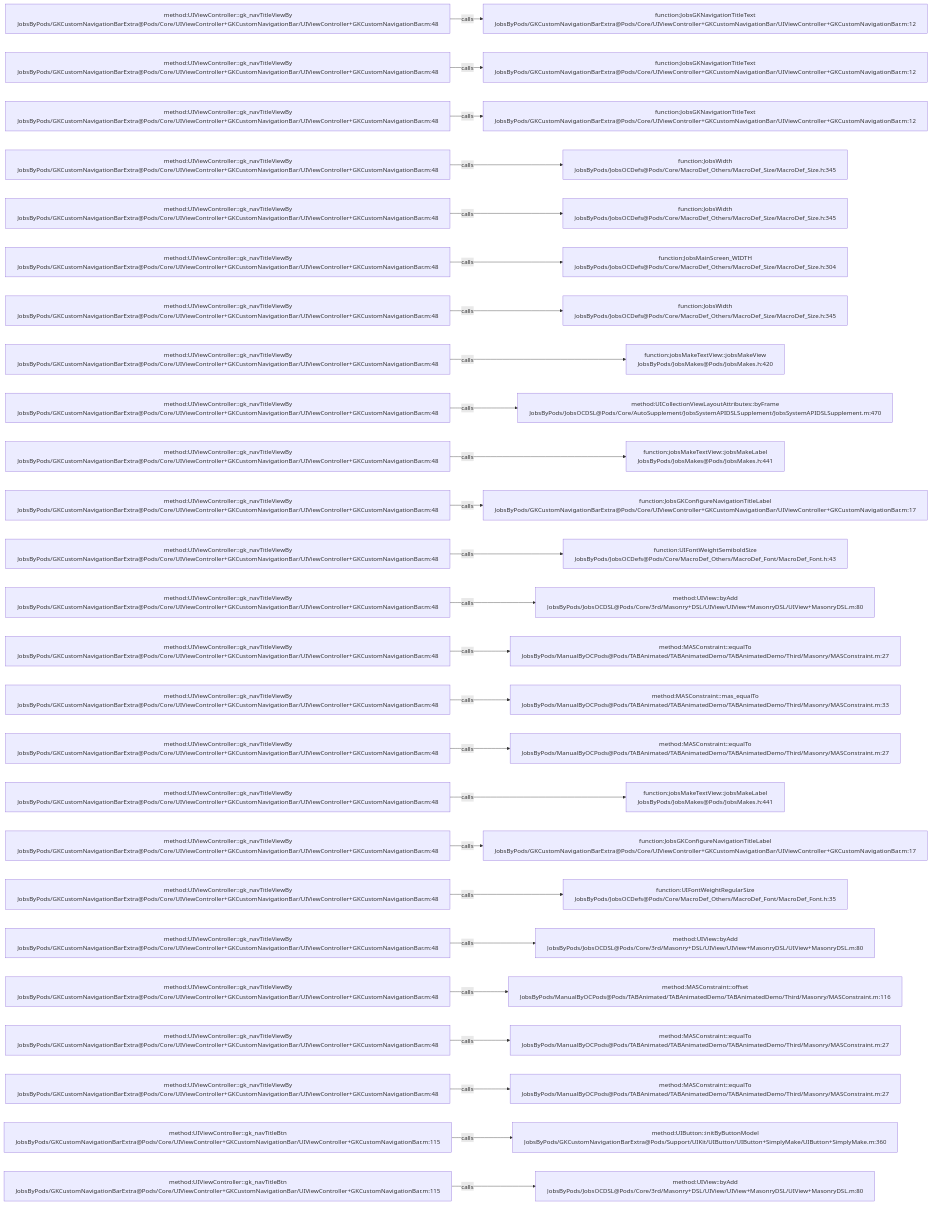
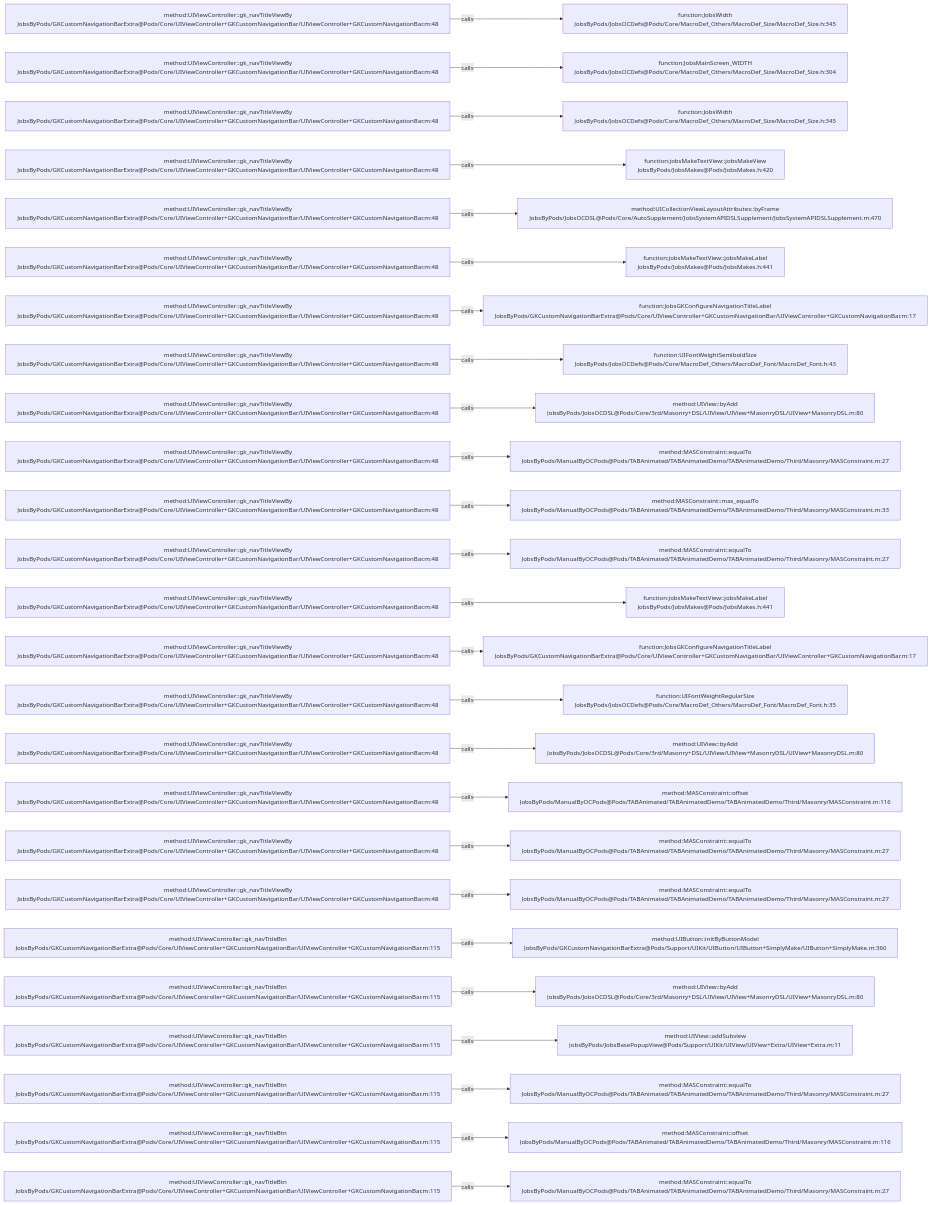
One commit to JobsKits/JobsOCBaseConfigDemo changed the diagram in .codegraph/codegraph.md/graphs/calls-010.md. Above: the diagram before and after it, drawn with Mermaid. The commit also changed 223 other files, not shown here.

````diff
--- a/.codegraph/codegraph.md/graphs/calls-010.md
+++ b/.codegraph/codegraph.md/graphs/calls-010.md
@@ -13,78 +13,78 @@
 ```mermaid
 flowchart LR
   S1["method:UIViewController::gk_navTitleViewBy<br/>JobsByPods/GKCustomNavigationBarExtra@Pods/Core/UIViewController+GKCustomNavigationBar/UIViewController+GKCustomNavigationBar.m:48"]
-  T1["function:JobsGKNavigationTitleText<br/>JobsByPods/GKCustomNavigationBarExtra@Pods/Core/UIViewController+GKCustomNavigationBar/UIViewController+GKCustomNavigationBar.m:12"]
+  T1["function:JobsWidth<br/>JobsByPods/JobsOCDefs@Pods/Core/MacroDef_Others/MacroDef_Size/MacroDef_Size.h:345"]
   S1 -->|calls| T1
   S2["method:UIViewController::gk_navTitleViewBy<br/>JobsByPods/GKCustomNavigationBarExtra@Pods/Core/UIViewController+GKCustomNavigationBar/UIViewController+GKCustomNavigationBar.m:48"]
-  T2["function:JobsGKNavigationTitleText<br/>JobsByPods/GKCustomNavigationBarExtra@Pods/Core/UIViewController+GKCustomNavigationBar/UIViewController+GKCustomNavigationBar.m:12"]
+  T2["function:JobsMainScreen_WIDTH<br/>JobsByPods/JobsOCDefs@Pods/Core/MacroDef_Others/MacroDef_Size/MacroDef_Size.h:304"]
   S2 -->|calls| T2
   S3["method:UIViewController::gk_navTitleViewBy<br/>JobsByPods/GKCustomNavigationBarExtra@Pods/Core/UIViewController+GKCustomNavigationBar/UIViewController+GKCustomNavigationBar.m:48"]
-  T3["function:JobsGKNavigationTitleText<br/>JobsByPods/GKCustomNavigationBarExtra@Pods/Core/UIViewController+GKCustomNavigationBar/UIViewController+GKCustomNavigationBar.m:12"]
+  T3["function:JobsWidth<br/>JobsByPods/JobsOCDefs@Pods/Core/MacroDef_Others/MacroDef_Size/MacroDef_Size.h:345"]
   S3 -->|calls| T3
   S4["method:UIViewController::gk_navTitleViewBy<br/>JobsByPods/GKCustomNavigationBarExtra@Pods/Core/UIViewController+GKCustomNavigationBar/UIViewController+GKCustomNavigationBar.m:48"]
-  T4["function:JobsWidth<br/>JobsByPods/JobsOCDefs@Pods/Core/MacroDef_Others/MacroDef_Size/MacroDef_Size.h:345"]
+  T4["function:jobsMakeTextView::jobsMakeView<br/>JobsByPods/JobsMakes@Pods/JobsMakes.h:420"]
   S4 -->|calls| T4
   S5["method:UIViewController::gk_navTitleViewBy<br/>JobsByPods/GKCustomNavigationBarExtra@Pods/Core/UIViewController+GKCustomNavigationBar/UIViewController+GKCustomNavigationBar.m:48"]
-  T5["function:JobsWidth<br/>JobsByPods/JobsOCDefs@Pods/Core/MacroDef_Others/MacroDef_Size/MacroDef_Size.h:345"]
+  T5["method:UICollectionViewLayoutAttributes::byFrame<br/>JobsByPods/JobsOCDSL@Pods/Core/AutoSupplement/JobsSystemAPIDSLSupplement/JobsSystemAPIDSLSupplement.m:470"]
   S5 -->|calls| T5
   S6["method:UIViewController::gk_navTitleViewBy<br/>JobsByPods/GKCustomNavigationBarExtra@Pods/Core/UIViewController+GKCustomNavigationBar/UIViewController+GKCustomNavigationBar.m:48"]
-  T6["function:JobsMainScreen_WIDTH<br/>JobsByPods/JobsOCDefs@Pods/Core/MacroDef_Others/MacroDef_Size/MacroDef_Size.h:304"]
+  T6["function:jobsMakeTextView::jobsMakeLabel<br/>JobsByPods/JobsMakes@Pods/JobsMakes.h:441"]
   S6 -->|calls| T6
   S7["method:UIViewController::gk_navTitleViewBy<br/>JobsByPods/GKCustomNavigationBarExtra@Pods/Core/UIViewController+GKCustomNavigationBar/UIViewController+GKCustomNavigationBar.m:48"]
-  T7["function:JobsWidth<br/>JobsByPods/JobsOCDefs@Pods/Core/MacroDef_Others/MacroDef_Size/MacroDef_Size.h:345"]
+  T7["function:JobsGKConfigureNavigationTitleLabel<br/>JobsByPods/GKCustomNavigationBarExtra@Pods/Core/UIViewController+GKCustomNavigationBar/UIViewController+GKCustomNavigationBar.m:17"]
   S7 -->|calls| T7
   S8["method:UIViewController::gk_navTitleViewBy<br/>JobsByPods/GKCustomNavigationBarExtra@Pods/Core/UIViewController+GKCustomNavigationBar/UIViewController+GKCustomNavigationBar.m:48"]
-  T8["function:jobsMakeTextView::jobsMakeView<br/>JobsByPods/JobsMakes@Pods/JobsMakes.h:420"]
+  T8["function:UIFontWeightSemiboldSize<br/>JobsByPods/JobsOCDefs@Pods/Core/MacroDef_Others/MacroDef_Font/MacroDef_Font.h:43"]
   S8 -->|calls| T8
   S9["method:UIViewController::gk_navTitleViewBy<br/>JobsByPods/GKCustomNavigationBarExtra@Pods/Core/UIViewController+GKCustomNavigationBar/UIViewController+GKCustomNavigationBar.m:48"]
-  T9["method:UICollectionViewLayoutAttributes::byFrame<br/>JobsByPods/JobsOCDSL@Pods/Core/AutoSupplement/JobsSystemAPIDSLSupplement/JobsSystemAPIDSLSupplement.m:470"]
+  T9["method:UIView::byAdd<br/>JobsByPods/JobsOCDSL@Pods/Core/3rd/Masonry+DSL/UIView/UIView+MasonryDSL/UIView+MasonryDSL.m:80"]
   S9 -->|calls| T9
   S10["method:UIViewController::gk_navTitleViewBy<br/>JobsByPods/GKCustomNavigationBarExtra@Pods/Core/UIViewController+GKCustomNavigationBar/UIViewController+GKCustomNavigationBar.m:48"]
-  T10["function:jobsMakeTextView::jobsMakeLabel<br/>JobsByPods/JobsMakes@Pods/JobsMakes.h:441"]
+  T10["method:MASConstraint::equalTo<br/>JobsByPods/ManualByOCPods@Pods/TABAnimated/TABAnimatedDemo/TABAnimatedDemo/Third/Masonry/MASConstraint.m:27"]
   S10 -->|calls| T10
   S11["method:UIViewController::gk_navTitleViewBy<br/>JobsByPods/GKCustomNavigationBarExtra@Pods/Core/UIViewController+GKCustomNavigationBar/UIViewController+GKCustomNavigationBar.m:48"]
-  T11["function:JobsGKConfigureNavigationTitleLabel<br/>JobsByPods/GKCustomNavigationBarExtra@Pods/Core/UIViewController+GKCustomNavigationBar/UIViewController+GKCustomNavigationBar.m:17"]
+  T11["method:MASConstraint::mas_equalTo<br/>JobsByPods/ManualByOCPods@Pods/TABAnimated/TABAnimatedDemo/TABAnimatedDemo/Third/Masonry/MASConstraint.m:33"]
   S11 -->|calls| T11
   S12["method:UIViewController::gk_navTitleViewBy<br/>JobsByPods/GKCustomNavigationBarExtra@Pods/Core/UIViewController+GKCustomNavigationBar/UIViewController+GKCustomNavigationBar.m:48"]
-  T12["function:UIFontWeightSemiboldSize<br/>JobsByPods/JobsOCDefs@Pods/Core/MacroDef_Others/MacroDef_Font/MacroDef_Font.h:43"]
+  T12["method:MASConstraint::equalTo<br/>JobsByPods/ManualByOCPods@Pods/TABAnimated/TABAnimatedDemo/TABAnimatedDemo/Third/Masonry/MASConstraint.m:27"]
   S12 -->|calls| T12
   S13["method:UIViewController::gk_navTitleViewBy<br/>JobsByPods/GKCustomNavigationBarExtra@Pods/Core/UIViewController+GKCustomNavigationBar/UIViewController+GKCustomNavigationBar.m:48"]
-  T13["method:UIView::byAdd<br/>JobsByPods/JobsOCDSL@Pods/Core/3rd/Masonry+DSL/UIView/UIView+MasonryDSL/UIView+MasonryDSL.m:80"]
+  T13["function:jobsMakeTextView::jobsMakeLabel<br/>JobsByPods/JobsMakes@Pods/JobsMakes.h:441"]
   S13 -->|calls| T13
   S14["method:UIViewController::gk_navTitleViewBy<br/>JobsByPods/GKCustomNavigationBarExtra@Pods/Core/UIViewController+GKCustomNavigationBar/UIViewController+GKCustomNavigationBar.m:48"]
-  T14["method:MASConstraint::equalTo<br/>JobsByPods/ManualByOCPods@Pods/TABAnimated/TABAnimatedDemo/TABAnimatedDemo/Third/Masonry/MASConstraint.m:27"]
+  T14["function:JobsGKConfigureNavigationTitleLabel<br/>JobsByPods/GKCustomNavigationBarExtra@Pods/Core/UIViewController+GKCustomNavigationBar/UIViewController+GKCustomNavigationBar.m:17"]
   S14 -->|calls| T14
   S15["method:UIViewController::gk_navTitleViewBy<br/>JobsByPods/GKCustomNavigationBarExtra@Pods/Core/UIViewController+GKCustomNavigationBar/UIViewController+GKCustomNavigationBar.m:48"]
-  T15["method:MASConstraint::mas_equalTo<br/>JobsByPods/ManualByOCPods@Pods/TABAnimated/TABAnimatedDemo/TABAnimatedDemo/Third/Masonry/MASConstraint.m:33"]
+  T15["function:UIFontWeightRegularSize<br/>JobsByPods/JobsOCDefs@Pods/Core/MacroDef_Others/MacroDef_Font/MacroDef_Font.h:35"]
   S15 -->|calls| T15
   S16["method:UIViewController::gk_navTitleViewBy<br/>JobsByPods/GKCustomNavigationBarExtra@Pods/Core/UIViewController+GKCustomNavigationBar/UIViewController+GKCustomNavigationBar.m:48"]
-  T16["method:MASConstraint::equalTo<br/>JobsByPods/ManualByOCPods@Pods/TABAnimated/TABAnimatedDemo/TABAnimatedDemo/Third/Masonry/MASConstraint.m:27"]
+  T16["method:UIView::byAdd<br/>JobsByPods/JobsOCDSL@Pods/Core/3rd/Masonry+DSL/UIView/UIView+MasonryDSL/UIView+MasonryDSL.m:80"]
   S16 -->|calls| T16
   S17["method:UIViewController::gk_navTitleViewBy<br/>JobsByPods/GKCustomNavigationBarExtra@Pods/Core/UIViewController+GKCustomNavigationBar/UIViewController+GKCustomNavigationBar.m:48"]
-  T17["function:jobsMakeTextView::jobsMakeLabel<br/>JobsByPods/JobsMakes@Pods/JobsMakes.h:441"]
+  T17["method:MASConstraint::offset<br/>JobsByPods/ManualByOCPods@Pods/TABAnimated/TABAnimatedDemo/TABAnimatedDemo/Third/Masonry/MASConstraint.m:116"]
   S17 -->|calls| T17
   S18["method:UIViewController::gk_navTitleViewBy<br/>JobsByPods/GKCustomNavigationBarExtra@Pods/Core/UIViewController+GKCustomNavigationBar/UIViewController+GKCustomNavigationBar.m:48"]
-  T18["function:JobsGKConfigureNavigationTitleLabel<br/>JobsByPods/GKCustomNavigationBarExtra@Pods/Core/UIViewController+GKCustomNavigationBar/UIViewController+GKCustomNavigationBar.m:17"]
+  T18["method:MASConstraint::equalTo<br/>JobsByPods/ManualByOCPods@Pods/TABAnimated/TABAnimatedDemo/TABAnimatedDemo/Third/Masonry/MASConstraint.m:27"]
   S18 -->|calls| T18
   S19["method:UIViewController::gk_navTitleViewBy<br/>JobsByPods/GKCustomNavigationBarExtra@Pods/Core/UIViewController+GKCustomNavigationBar/UIViewController+GKCustomNavigationBar.m:48"]
-  T19["function:UIFontWeightRegularSize<br/>JobsByPods/JobsOCDefs@Pods/Core/MacroDef_Others/MacroDef_Font/MacroDef_Font.h:35"]
+  T19["method:MASConstraint::equalTo<br/>JobsByPods/ManualByOCPods@Pods/TABAnimated/TABAnimatedDemo/TABAnimatedDemo/Third/Masonry/MASConstraint.m:27"]
   S19 -->|calls| T19
-  S20["method:UIViewController::gk_navTitleViewBy<br/>JobsByPods/GKCustomNavigationBarExtra@Pods/Core/UIViewController+GKCustomNavigationBar/UIViewController+GKCustomNavigationBar.m:48"]
-  T20["method:UIView::byAdd<br/>JobsByPods/JobsOCDSL@Pods/Core/3rd/Masonry+DSL/UIView/UIView+MasonryDSL/UIView+MasonryDSL.m:80"]
+  S20["method:UIViewController::gk_navTitleBtn<br/>JobsByPods/GKCustomNavigationBarExtra@Pods/Core/UIViewController+GKCustomNavigationBar/UIViewController+GKCustomNavigationBar.m:115"]
+  T20["method:UIButton::initByButtonModel<br/>JobsByPods/GKCustomNavigationBarExtra@Pods/Support/UIKit/UIButton/UIButton+SimplyMake/UIButton+SimplyMake.m:360"]
   S20 -->|calls| T20
-  S21["method:UIViewController::gk_navTitleViewBy<br/>JobsByPods/GKCustomNavigationBarExtra@Pods/Core/UIViewController+GKCustomNavigationBar/UIViewController+GKCustomNavigationBar.m:48"]
-  T21["method:MASConstraint::offset<br/>JobsByPods/ManualByOCPods@Pods/TABAnimated/TABAnimatedDemo/TABAnimatedDemo/Third/Masonry/MASConstraint.m:116"]
+  S21["method:UIViewController::gk_navTitleBtn<br/>JobsByPods/GKCustomNavigationBarExtra@Pods/Core/UIViewController+GKCustomNavigationBar/UIViewController+GKCustomNavigationBar.m:115"]
+  T21["method:UIView::byAdd<br/>JobsByPods/JobsOCDSL@Pods/Core/3rd/Masonry+DSL/UIView/UIView+MasonryDSL/UIView+MasonryDSL.m:80"]
   S21 -->|calls| T21
-  S22["method:UIViewController::gk_navTitleViewBy<br/>JobsByPods/GKCustomNavigationBarExtra@Pods/Core/UIViewController+GKCustomNavigationBar/UIViewController+GKCustomNavigationBar.m:48"]
-  T22["method:MASConstraint::equalTo<br/>JobsByPods/ManualByOCPods@Pods/TABAnimated/TABAnimatedDemo/TABAnimatedDemo/Third/Masonry/MASConstraint.m:27"]
+  S22["method:UIViewController::gk_navTitleBtn<br/>JobsByPods/GKCustomNavigationBarExtra@Pods/Core/UIViewController+GKCustomNavigationBar/UIViewController+GKCustomNavigationBar.m:115"]
+  T22["method:UIView::addSubview<br/>JobsByPods/JobsBasePopupView@Pods/Support/UIKit/UIView/UIView+Extra/UIView+Extra.m:11"]
   S22 -->|calls| T22
-  S23["method:UIViewController::gk_navTitleViewBy<br/>JobsByPods/GKCustomNavigationBarExtra@Pods/Core/UIViewController+GKCustomNavigationBar/UIViewController+GKCustomNavigationBar.m:48"]
+  S23["method:UIViewController::gk_navTitleBtn<br/>JobsByPods/GKCustomNavigationBarExtra@Pods/Core/UIViewController+GKCustomNavigationBar/UIViewController+GKCustomNavigationBar.m:115"]
   T23["method:MASConstraint::equalTo<br/>JobsByPods/ManualByOCPods@Pods/TABAnimated/TABAnimatedDemo/TABAnimatedDemo/Third/Masonry/MASConstraint.m:27"]
   S23 -->|calls| T23
   S24["method:UIViewController::gk_navTitleBtn<br/>JobsByPods/GKCustomNavigationBarExtra@Pods/Core/UIViewController+GKCustomNavigationBar/UIViewController+GKCustomNavigationBar.m:115"]
-  T24["method:UIButton::initByButtonModel<br/>JobsByPods/GKCustomNavigationBarExtra@Pods/Support/UIKit/UIButton/UIButton+SimplyMake/UIButton+SimplyMake.m:360"]
+  T24["method:MASConstraint::offset<br/>JobsByPods/ManualByOCPods@Pods/TABAnimated/TABAnimatedDemo/TABAnimatedDemo/Third/Masonry/MASConstraint.m:116"]
   S24 -->|calls| T24
   S25["method:UIViewController::gk_navTitleBtn<br/>JobsByPods/GKCustomNavigationBarExtra@Pods/Core/UIViewController+GKCustomNavigationBar/UIViewController+GKCustomNavigationBar.m:115"]
-  T25["method:UIView::byAdd<br/>JobsByPods/JobsOCDSL@Pods/Core/3rd/Masonry+DSL/UIView/UIView+MasonryDSL/UIView+MasonryDSL.m:80"]
+  T25["method:MASConstraint::equalTo<br/>JobsByPods/ManualByOCPods@Pods/TABAnimated/TABAnimatedDemo/TABAnimatedDemo/Third/Masonry/MASConstraint.m:27"]
   S25 -->|calls| T25
 ```
````
